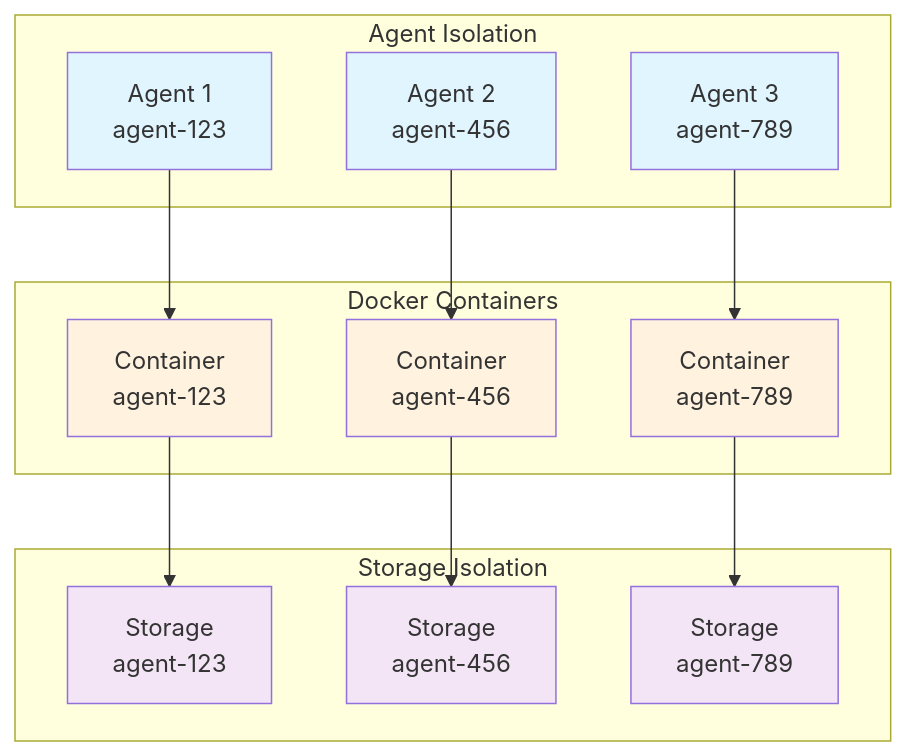
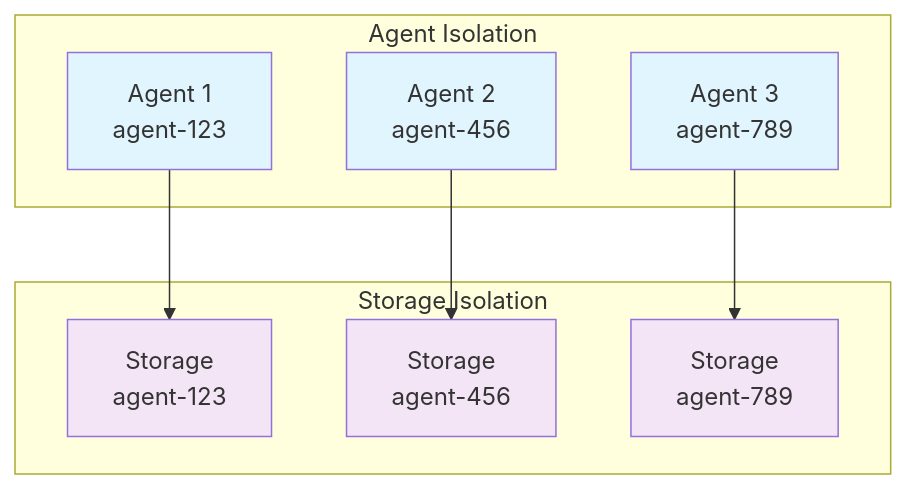
Before and after one commit to DEGAorg/midnight-mcp: the fourth of 16 diagrams in docs/system-design.md, drawn with Mermaid. The commit also changed 9 other files, not shown here.

````diff
--- a/docs/system-design.md
+++ b/docs/system-design.md
@@ -159,38 +159,25 @@
 ```mermaid
 graph TB
     subgraph "Agent Isolation"
         AGENT1[Agent 1<br/>agent-123]
         AGENT2[Agent 2<br/>agent-456]
         AGENT3[Agent 3<br/>agent-789]
     end
     
     subgraph "Storage Isolation"
         STORAGE1[Storage<br/>agent-123]
         STORAGE2[Storage<br/>agent-456]
         STORAGE3[Storage<br/>agent-789]
     end
-    
-    subgraph "Docker Containers"
-        CONTAINER1[Container<br/>agent-123]
-        CONTAINER2[Container<br/>agent-456]
-        CONTAINER3[Container<br/>agent-789]
-    end
-    
-    AGENT1 --> CONTAINER1
-    AGENT2 --> CONTAINER2
-    AGENT3 --> CONTAINER3
-    
-    CONTAINER1 --> STORAGE1
-    CONTAINER2 --> STORAGE2
-    CONTAINER3 --> STORAGE3
-    
+
+    AGENT1 --> STORAGE1
+    AGENT2 --> STORAGE2
+    AGENT3 --> STORAGE3
+
     style AGENT1 fill:#e1f5fe
     style AGENT2 fill:#e1f5fe
     style AGENT3 fill:#e1f5fe
-    style CONTAINER1 fill:#fff3e0
-    style CONTAINER2 fill:#fff3e0
-    style CONTAINER3 fill:#fff3e0
     style STORAGE1 fill:#f3e5f5
     style STORAGE2 fill:#f3e5f5
     style STORAGE3 fill:#f3e5f5
 ```
````
